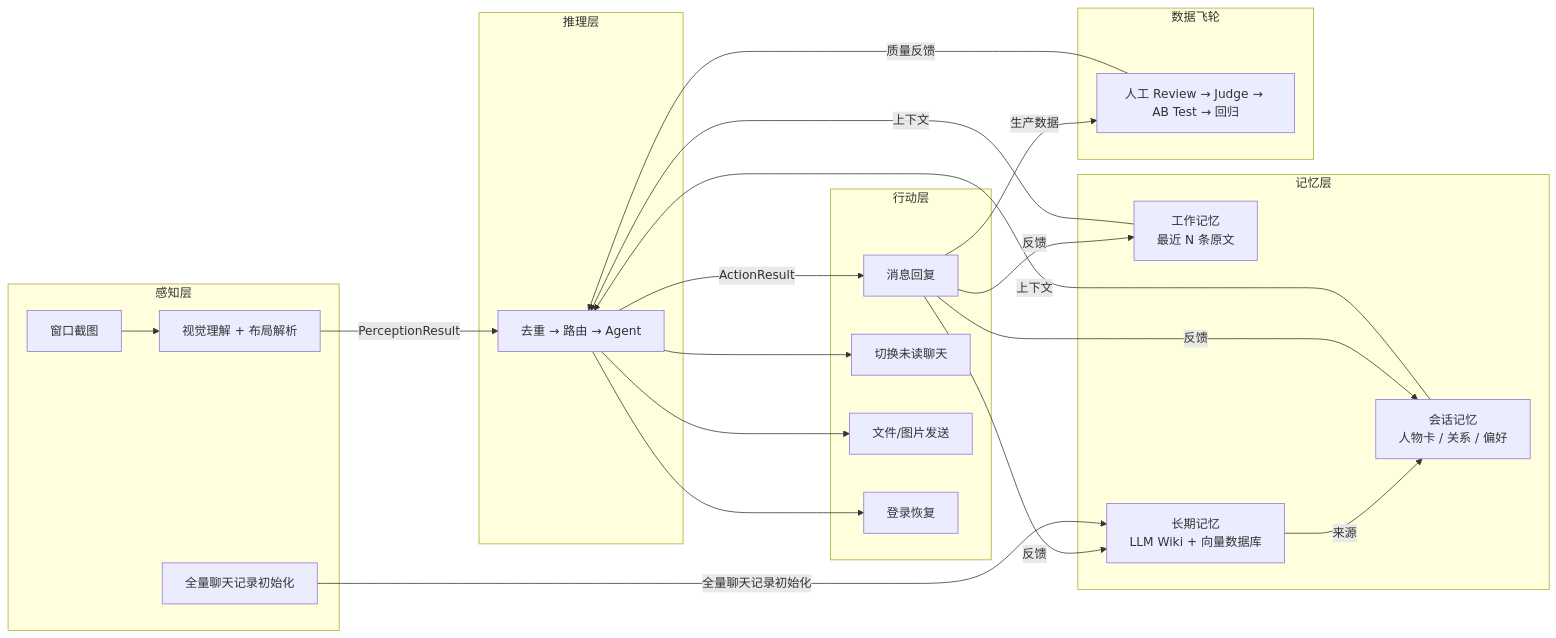
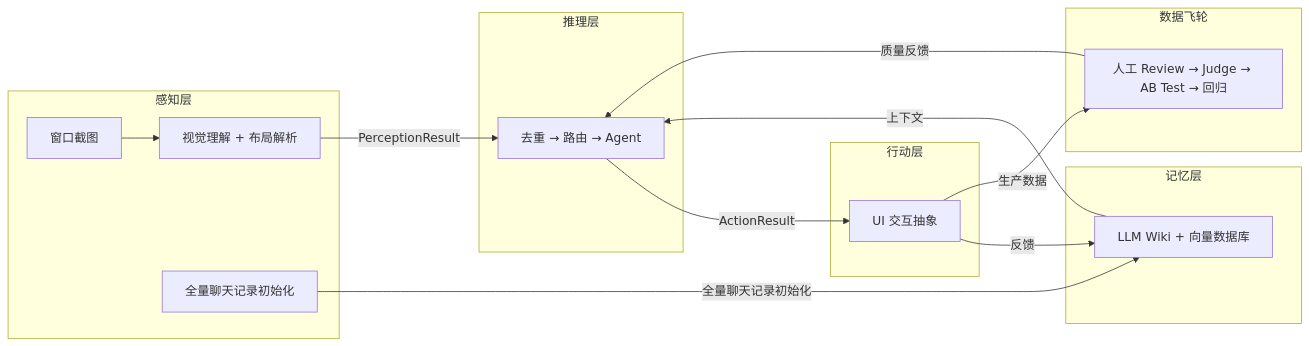
Before and after one commit to 899ms/wechat-mac-rpa: the first of 6 diagrams in README.md, drawn with Mermaid.

Commit message:
docs: revert architecture overview diagram to simple version (#35)
将系统架构总览图恢复为简洁版本：\n- 感知层：窗口截图 / 视觉理解 / 全量聊天记录初始化\n- 推理层：去重 → 路由 → Agent\n- 行动层：UI 交互抽象\n- 记忆层：LLM Wiki + 向量数据库\n- 保留 W → M 的全量聊天记录初始化箭头\n- 保留当前数据飞轮描述

````diff
--- a/README.md
+++ b/README.md
@@ -45,48 +45,33 @@
 ```mermaid
 graph LR
     subgraph Perception["感知层"]
         C[窗口截图]
         P[视觉理解 + 布局解析]
         W[全量聊天记录初始化]
     end
 
     subgraph Reasoning["推理层"]
         R[去重 → 路由 → Agent]
     end
 
     subgraph Action["行动层"]
-        Reply[消息回复]
-        Switch[切换未读聊天]
-        File[文件/图片发送]
-        Recovery[登录恢复]
+        A[UI 交互抽象]
     end
 
     subgraph Memory["记忆层"]
-        WM[工作记忆<br/>最近 N 条原文]
-        SM[会话记忆<br/>人物卡 / 关系 / 偏好]
-        LM[长期记忆<br/>LLM Wiki + 向量数据库]
+        M[LLM Wiki + 向量数据库]
     end
 
     subgraph Flywheel["数据飞轮"]
         D[人工 Review → Judge → AB Test → 回归]
     end
 
     C --> P
     P -->|PerceptionResult| R
-    R -->|ActionResult| Reply
-    R --> Switch
-    R --> File
-    R --> Recovery
-
-    WM -->|上下文| R
-    SM -->|上下文| R
-    LM -->|来源| SM
-
-    Reply -->|反馈| WM
-    Reply -->|反馈| SM
-    Reply -->|反馈| LM
-    W -->|全量聊天记录初始化| LM
-
-    Reply -->|生产数据| D
+    R -->|ActionResult| A
+    A -->|反馈| M
+    M -->|上下文| R
+    W -->|全量聊天记录初始化| M
+    A -->|生产数据| D
     D -->|质量反馈| R
 ```
````
